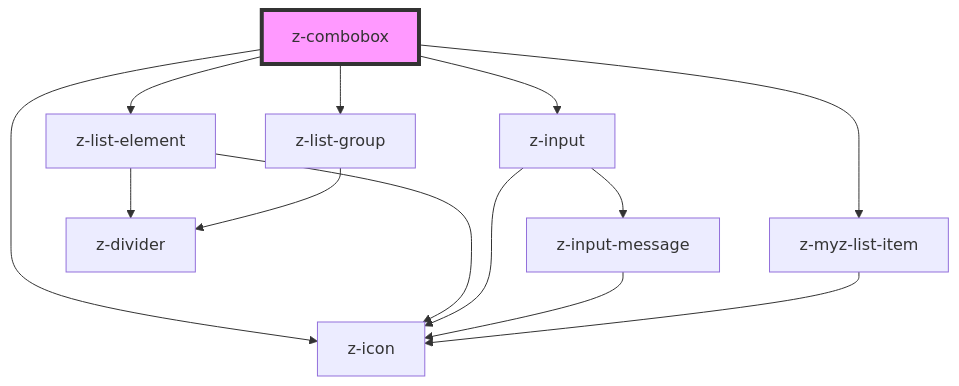
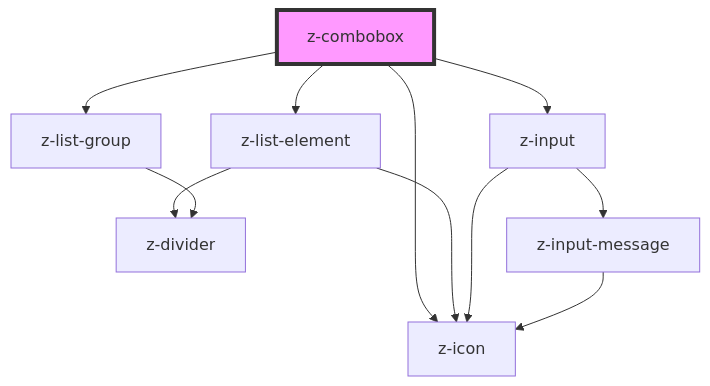
Before and after one commit to ZanichelliEditore/design-system: the diagram in src/components/z-combobox/readme.md, drawn with Mermaid. The commit also changed other lines of this file and 1 other file, not shown here.

Commit message:
chore: update components readme

````diff
--- a/src/components/z-combobox/readme.md
+++ b/src/components/z-combobox/readme.md
@@ -73,16 +72,14 @@
 ```mermaid
 graph TD;
   z-combobox --> z-icon
   z-combobox --> z-list-element
   z-combobox --> z-input
   z-combobox --> z-list-group
-  z-combobox --> z-myz-list-item
   z-list-element --> z-icon
   z-list-element --> z-divider
   z-input --> z-icon
   z-input --> z-input-message
   z-input-message --> z-icon
   z-list-group --> z-divider
-  z-myz-list-item --> z-icon
   style z-combobox fill:#f9f,stroke:#333,stroke-width:4px
 ```
````
